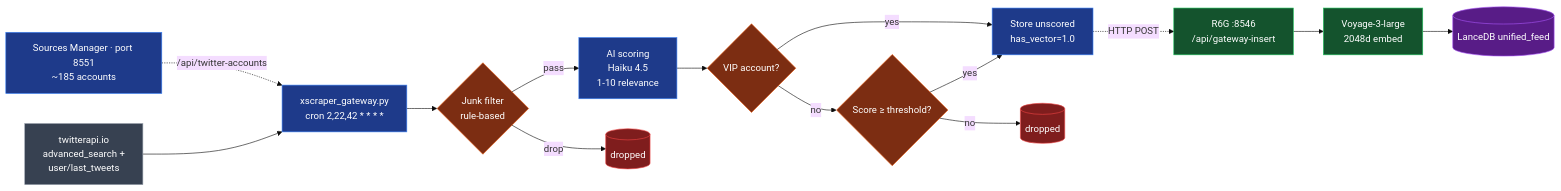
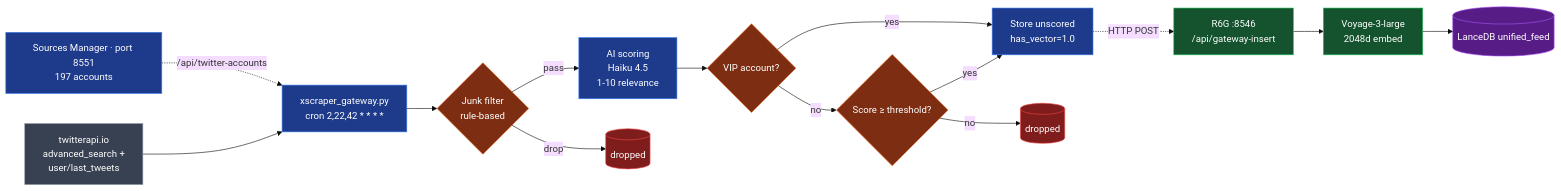
The diagram in README.md (prcodex/tweeter), drawn with Mermaid (base theme) before and after one commit. The commit also changed other lines of this file, not shown here.

First line of the commit message:
Rebuild from live 8551 registry — 197 accounts, full Brazil + Macro/Geo

````diff
--- a/README.md
+++ b/README.md
@@ -384,34 +543,34 @@
 ```mermaid
 flowchart LR
-    SRC[Sources Manager · port 8551<br/>~185 accounts] -. /api/twitter-accounts .-> XSCR
+    SRC[Sources Manager · port 8551<br/>197 accounts] -. /api/twitter-accounts .-> XSCR
 
     TWIO[twitterapi.io<br/>advanced_search +<br/>user/last_tweets] --> XSCR[xscraper_gateway.py<br/>cron 2,22,42 * * * *]
 
     XSCR --> JUNK{Junk filter<br/>rule-based}
     JUNK -- pass --> AISCORE[AI scoring<br/>Haiku 4.5<br/>1-10 relevance]
     JUNK -- drop --> X1[(dropped)]
 
     AISCORE --> VIP{VIP account?}
     VIP -- yes --> STORE[Store unscored<br/>has_vector=1.0]
     VIP -- no --> THRESH{Score ≥ threshold?}
     THRESH -- yes --> STORE
     THRESH -- no --> X2[(dropped)]
 
     STORE -. HTTP POST .-> R6G[R6G :8546<br/>/api/gateway-insert]
     R6G --> VOY[Voyage-3-large<br/>2048d embed]
     VOY --> LDB[(LanceDB unified_feed)]
 
     classDef gw fill:#1e3a8a,stroke:#3b82f6,color:#fff
     classDef r6 fill:#14532d,stroke:#22c55e,color:#fff
     classDef ext fill:#374151,stroke:#9ca3af,color:#fff
     classDef store fill:#581c87,stroke:#a855f7,color:#fff
     classDef drop fill:#7f1d1d,stroke:#ef4444,color:#fff
     classDef decision fill:#7c2d12,stroke:#ea580c,color:#fff
 
     class TWIO ext
     class SRC,XSCR,AISCORE,STORE gw
     class R6G,VOY r6
     class LDB store
     class X1,X2 drop
     class JUNK,VIP,THRESH decision
 ```
````
